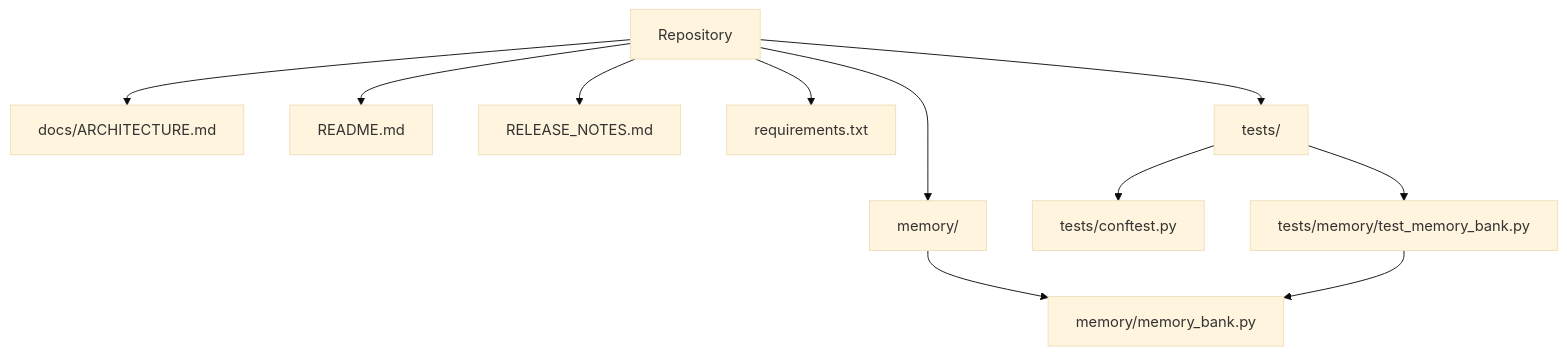
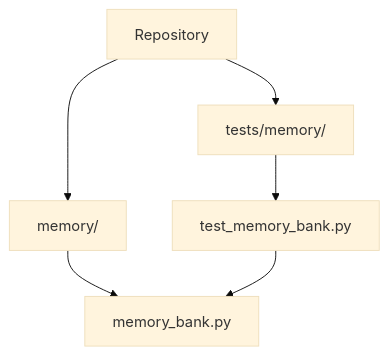
Before and after one commit to unrealandychan/gcp-hermes-agnet: the diagram in .rekipedia/wiki/index.md, drawn with Mermaid (base theme). The commit also changed other lines of this file and 15 other files, not shown here.

````diff
--- a/.rekipedia/wiki/index.md
+++ b/.rekipedia/wiki/index.md
@@ -94,24 +91,14 @@
 ```mermaid
 flowchart TD
     Root[Repository]
-    Docs[docs/ARCHITECTURE.md]
-    Readme[README.md]
-    Release[RELEASE_NOTES.md]
-    Req[requirements.txt]
-    MemoryPkg[memory/]
-    MemBank[memory/memory_bank.py]
-    Tests[tests/]
-    Conftest[tests/conftest.py]
-    MemTests[tests/memory/test_memory_bank.py]
+    MemoryDir[memory/]
+    MemoryBank[memory_bank.py]
+    TestsDir[tests/memory/]
+    TestFile[test_memory_bank.py]
 
-    Root --> Docs
-    Root --> Readme
-    Root --> Release
-    Root --> Req
-    Root --> MemoryPkg
-    MemoryPkg --> MemBank
-    Root --> Tests
-    Tests --> Conftest
-    Tests --> MemTests
-    MemTests --> MemBank
+    Root --> MemoryDir
+    Root --> TestsDir
+    MemoryDir --> MemoryBank
+    TestsDir --> TestFile
+    TestFile --> MemoryBank
 ```
````
